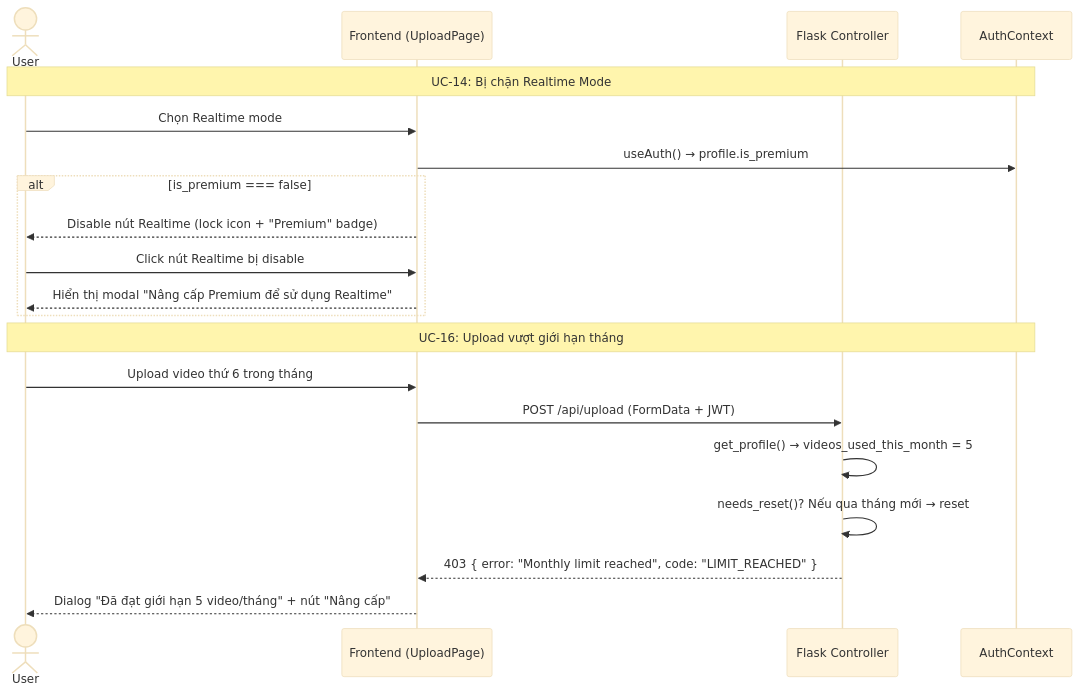
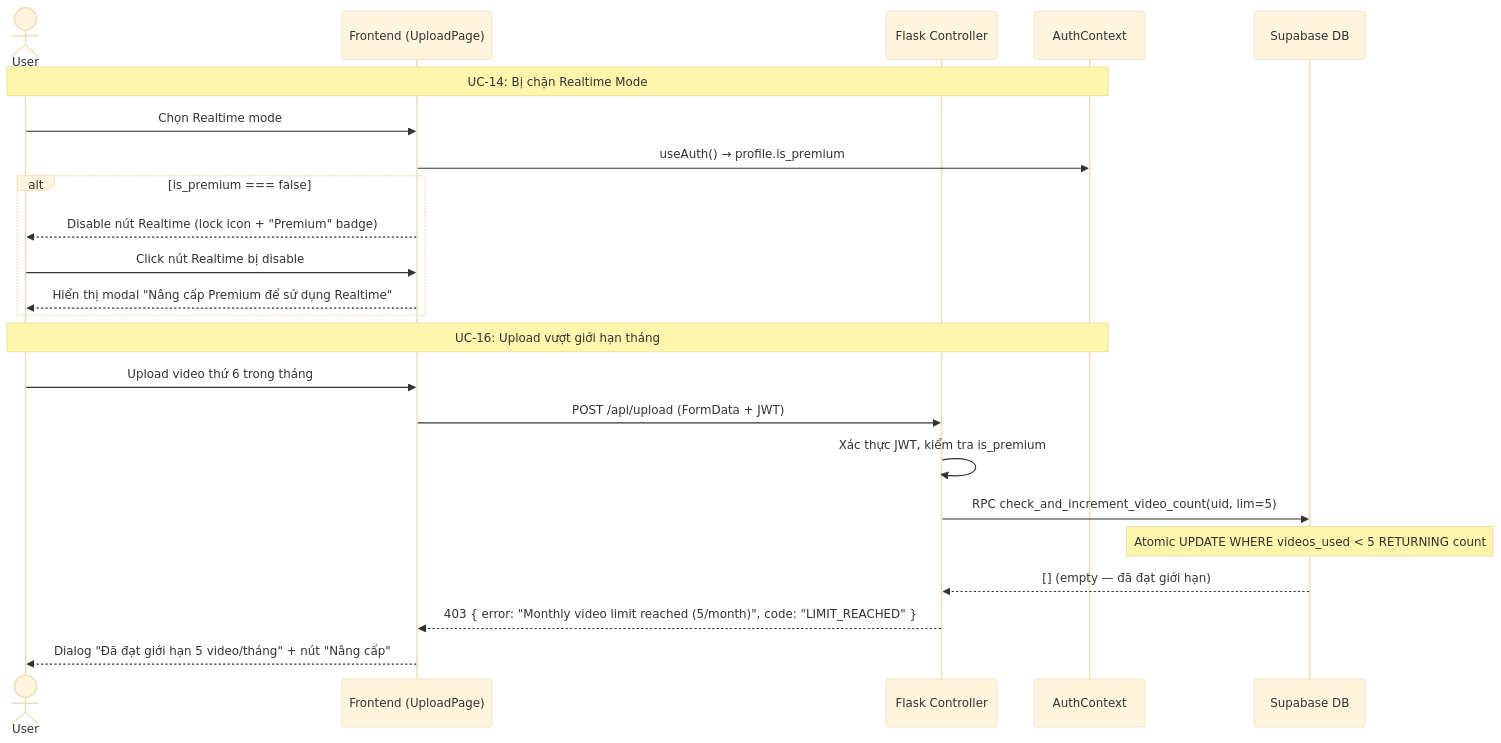
The seventh of 22 diagrams in docs/system-flows.md (SonDinh1129/subtitle-project), drawn with Mermaid (base theme) before and after one commit. The commit also changed other lines of this file and 3 other files, not shown here.

````diff
--- a/docs/system-flows.md
+++ b/docs/system-flows.md
@@ -244,24 +244,27 @@
 ```mermaid
 sequenceDiagram
     actor User
     participant FE as Frontend (UploadPage)
     participant Flask as Flask Controller
     participant Auth as AuthContext
+    participant DB as Supabase DB
 
     Note over User,Auth: UC-14: Bị chặn Realtime Mode
     User->>FE: Chọn Realtime mode
     FE->>Auth: useAuth() → profile.is_premium
     alt is_premium === false
         FE-->>User: Disable nút Realtime (lock icon + "Premium" badge)
         User->>FE: Click nút Realtime bị disable
         FE-->>User: Hiển thị modal "Nâng cấp Premium để sử dụng Realtime"
     end
 
     Note over User,Auth: UC-16: Upload vượt giới hạn tháng
     User->>FE: Upload video thứ 6 trong tháng
     FE->>Flask: POST /api/upload (FormData + JWT)
-    Flask->>Flask: get_profile() → videos_used_this_month = 5
-    Flask->>Flask: needs_reset()? Nếu qua tháng mới → reset
-    Flask-->>FE: 403 { error: "Monthly limit reached", code: "LIMIT_REACHED" }
+    Flask->>Flask: Xác thực JWT, kiểm tra is_premium
+    Flask->>DB: RPC check_and_increment_video_count(uid, lim=5)
+    Note over DB: Atomic UPDATE WHERE videos_used < 5 RETURNING count
+    DB-->>Flask: [] (empty — đã đạt giới hạn)
+    Flask-->>FE: 403 { error: "Monthly video limit reached (5/month)", code: "LIMIT_REACHED" }
     FE-->>User: Dialog "Đã đạt giới hạn 5 video/tháng" + nút "Nâng cấp"
 ```
````
